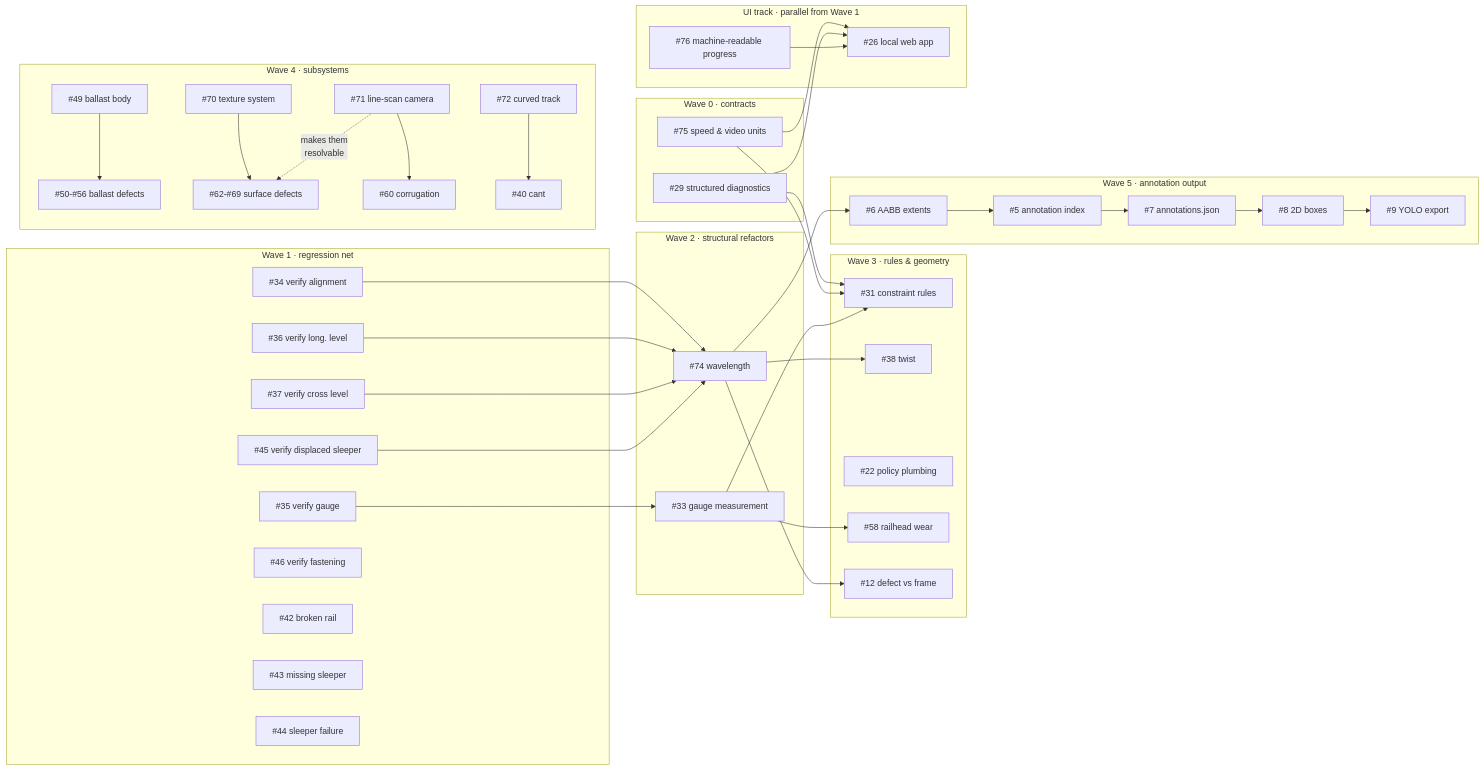
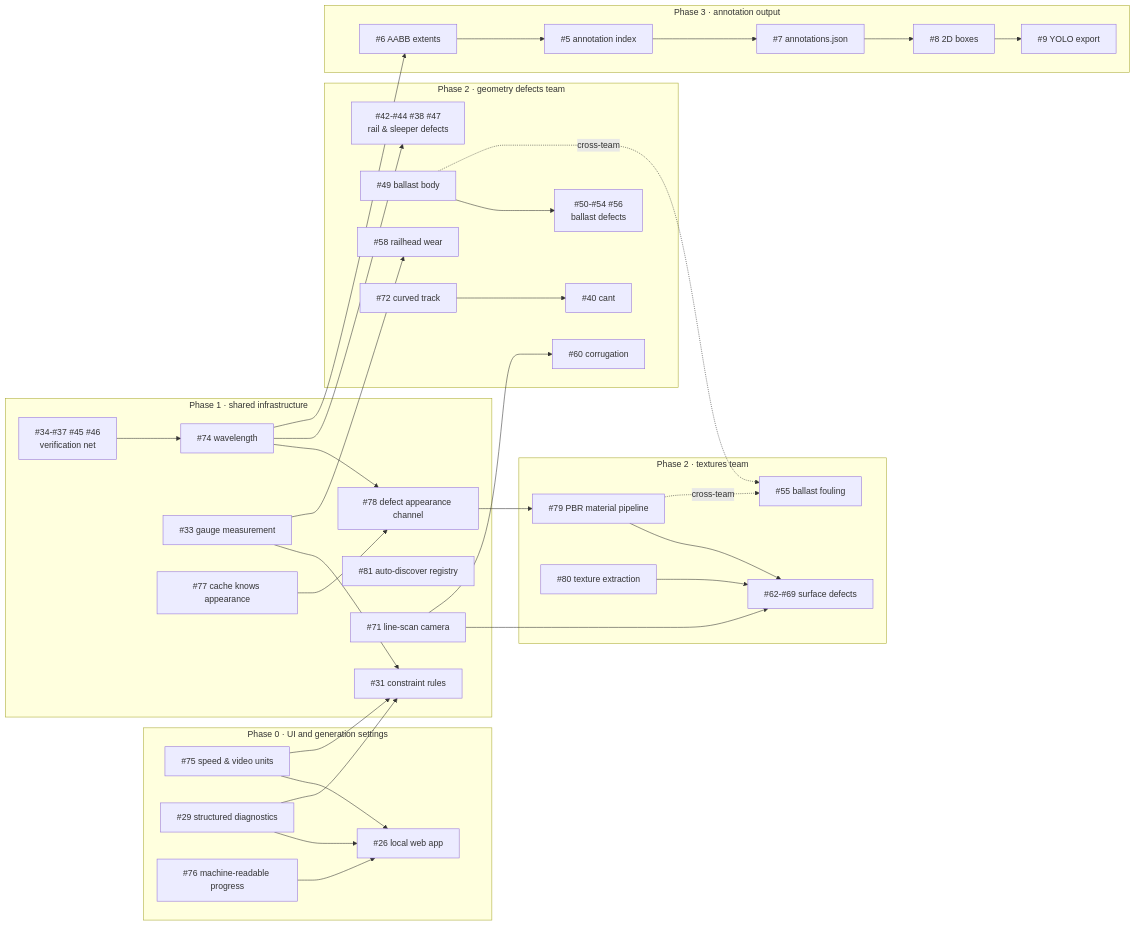
Before and after one commit to ikostis-ucl/rail_defect_sim: the diagram in ROADMAP.md, drawn with Mermaid. The commit also changed other lines of this file, not shown here.

First line of the commit message:
docs: re-plan the roadmap around two parallel teams

````diff
--- a/ROADMAP.md
+++ b/ROADMAP.md
@@ -28,81 +42,71 @@
 ```mermaid
 graph LR
-  subgraph W0["Wave 0 · contracts"]
+  subgraph P0["Phase 0 · UI and generation settings"]
     I75["#75 speed &amp; video units"]
     I29["#29 structured diagnostics"]
+    I76["#76 machine-readable progress"]
+    I26["#26 local web app"]
   end
 
-  subgraph W1["Wave 1 · regression net"]
-    I34["#34 verify alignment"]
-    I35["#35 verify gauge"]
-    I36["#36 verify long. level"]
-    I37["#37 verify cross level"]
-    I45["#45 verify displaced sleeper"]
-    I46["#46 verify fastening"]
-    I42["#42 broken rail"]
-    I43["#43 missing sleeper"]
-    I44["#44 sleeper failure"]
+  subgraph P1["Phase 1 · shared infrastructure"]
+    VER["#34-#37 #45 #46<br>verification net"]
+    I74["#74 wavelength"]
+    I33["#33 gauge measurement"]
+    I77["#77 cache knows appearance"]
+    I78["#78 defect appearance channel"]
+    I81["#81 auto-discover registry"]
+    I71["#71 line-scan camera"]
+    I31["#31 constraint rules"]
   end
 
-  subgraph W2["Wave 2 · structural refactors"]
-    I74["#74 wavelength"]
-    I33["#33 gauge measurement"]
+  subgraph P2T["Phase 2 · textures team"]
+    I79["#79 PBR material pipeline"]
+    I80["#80 texture extraction"]
+    GE["#62-#69 surface defects"]
+    I55["#55 ballast fouling"]
   end
 
-  subgraph W3["Wave 3 · rules &amp; geometry"]
-    I31["#31 constraint rules"]
-    I38["#38 twist"]
-    I22["#22 policy plumbing"]
+  subgraph P2G["Phase 2 · geometry defects team"]
+    NEWD["#42-#44 #38 #47<br>rail &amp; sleeper defects"]
+    I49["#49 ballast body"]
+    GC["#50-#54 #56<br>ballast defects"]
     I58["#58 railhead wear"]
-    I12["#12 defect vs frame"]
+    I72["#72 curved track"]
+    I40["#40 cant"]
+    I60["#60 corrugation"]
   end
 
-  subgraph W4["Wave 4 · subsystems"]
-    I49["#49 ballast body"]
-    GC["#50-#56 ballast defects"]
-    I70["#70 texture system"]
-    GE["#62-#69 surface defects"]
-    I71["#71 line-scan camera"]
-    I60["#60 corrugation"]
-    I72["#72 curved track"]
-    I40["#40 cant"]
-  end
-
-  subgraph W5["Wave 5 · annotation output"]
+  subgraph P3["Phase 3 · annotation output"]
     I6["#6 AABB extents"]
     I5["#5 annotation index"]
     I7["#7 annotations.json"]
     I8["#8 2D boxes"]
     I9["#9 YOLO export"]
   end
 
-  subgraph UI["UI track · parallel from Wave 1"]
-    I76["#76 machine-readable progress"]
-    I26["#26 local web app"]
-  end
-
-  I34 --> I74
-  I36 --> I74
-  I37 --> I74
-  I45 --> I74
-  I35 --> I33
-  I74 --> I38
-  I74 --> I6
-  I74 --> I12
+  I75 --> I26
+  I29 --> I26
+  I76 --> I26
+  I75 --> I31
   I29 --> I31
-  I75 --> I31
+  VER --> I74
   I33 --> I31
+  I74 --> I78
+  I77 --> I78
+  I74 --> NEWD
+  I78 --> I79
+  I79 --> GE
+  I80 --> GE
+  I71 --> GE
+  I71 --> I60
   I33 --> I58
   I49 --> GC
-  I70 --> GE
-  I71 --> I60
-  I71 -.->|makes them<br>resolvable| GE
   I72 --> I40
+  I74 --> I6
   I6 --> I5
   I5 --> I7
   I7 --> I8
   I8 --> I9
-  I75 --> I26
-  I29 --> I26
-  I76 --> I26
+  I49 -.->|cross-team| I55
+  I79 -.->|cross-team| I55
 ```
````
